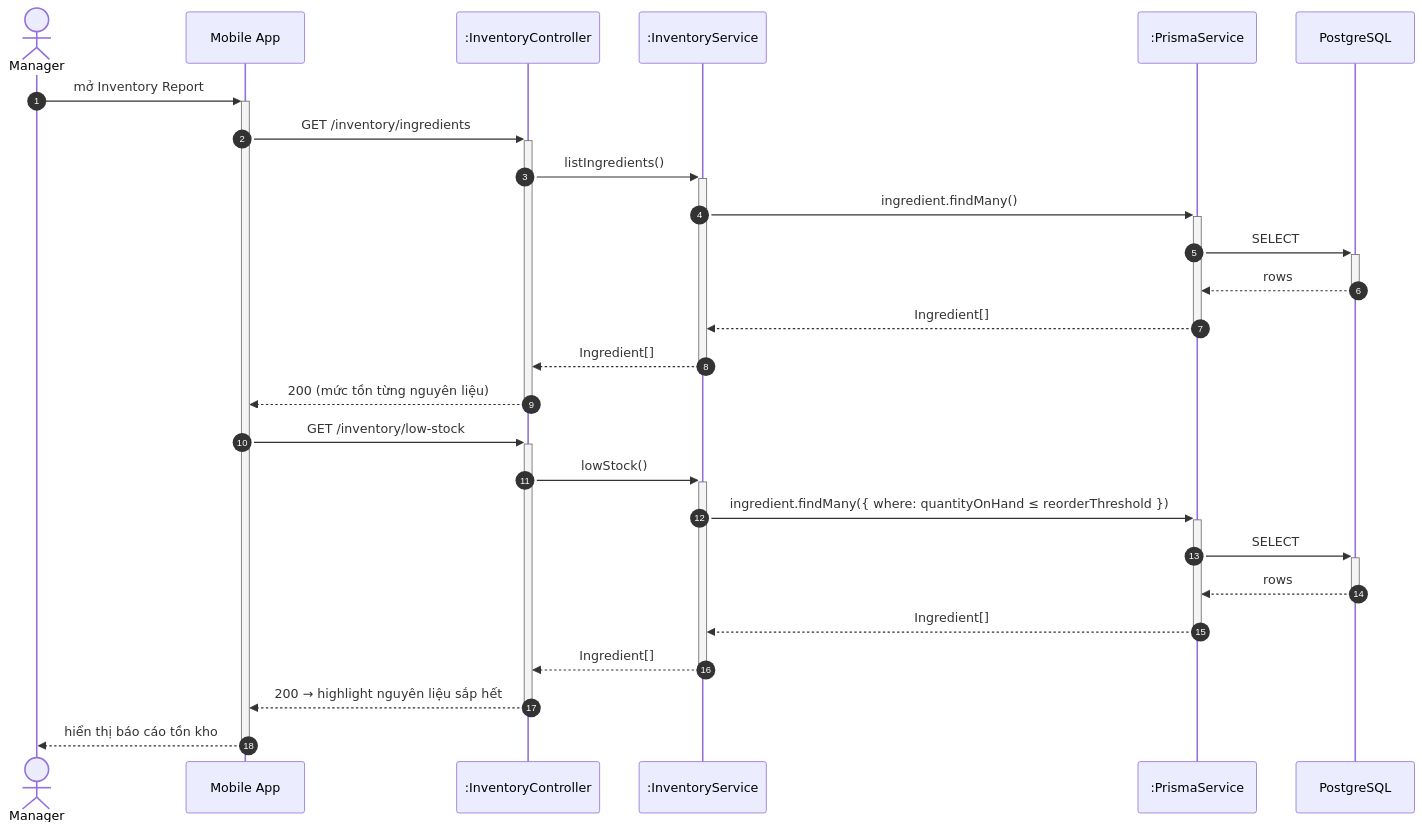
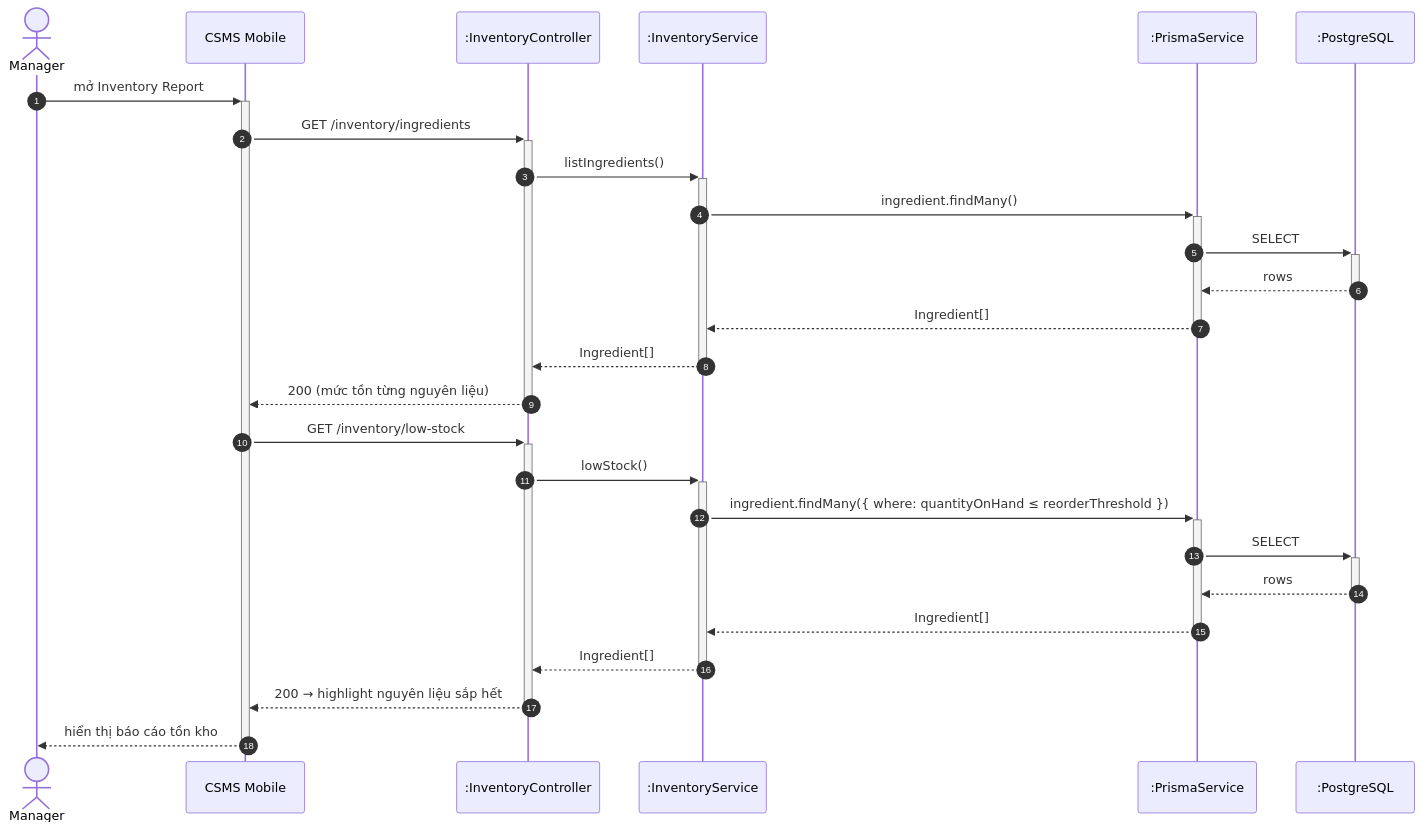
One commit to callmehai/Cafe-Shop-Management-System changed diagram 14 of 17 in docs/sequence-diagrams.md. Above: the diagram before and after it, drawn with Mermaid. The commit also changed other lines of this file, not shown here.

First line of the commit message:
docs: fix sequence diagram notation + add mobile-internal SD-00

````diff
--- a/docs/sequence-diagrams.md
+++ b/docs/sequence-diagrams.md
@@ -667,30 +714,30 @@
 ```mermaid
 sequenceDiagram
     autonumber
     actor M as Manager
-    participant App as Mobile App
+    participant App as CSMS Mobile
     participant API as :InventoryController
     participant SVC as :InventoryService
     participant ORM as :PrismaService
-    participant DB as PostgreSQL
+    participant DB as :PostgreSQL
 
     M->>+App: mở Inventory Report
     App->>+API: GET /inventory/ingredients
     API->>+SVC: listIngredients()
     SVC->>+ORM: ingredient.findMany()
     ORM->>+DB: SELECT
     DB-->>-ORM: rows
     ORM-->>-SVC: Ingredient[]
     SVC-->>-API: Ingredient[]
     API-->>-App: 200 (mức tồn từng nguyên liệu)
 
     App->>+API: GET /inventory/low-stock
     API->>+SVC: lowStock()
     SVC->>+ORM: ingredient.findMany({ where: quantityOnHand ≤ reorderThreshold })
     ORM->>+DB: SELECT
     DB-->>-ORM: rows
     ORM-->>-SVC: Ingredient[]
     SVC-->>-API: Ingredient[]
     API-->>-App: 200 → highlight nguyên liệu sắp hết
     App-->>-M: hiển thị báo cáo tồn kho
 ```
````
